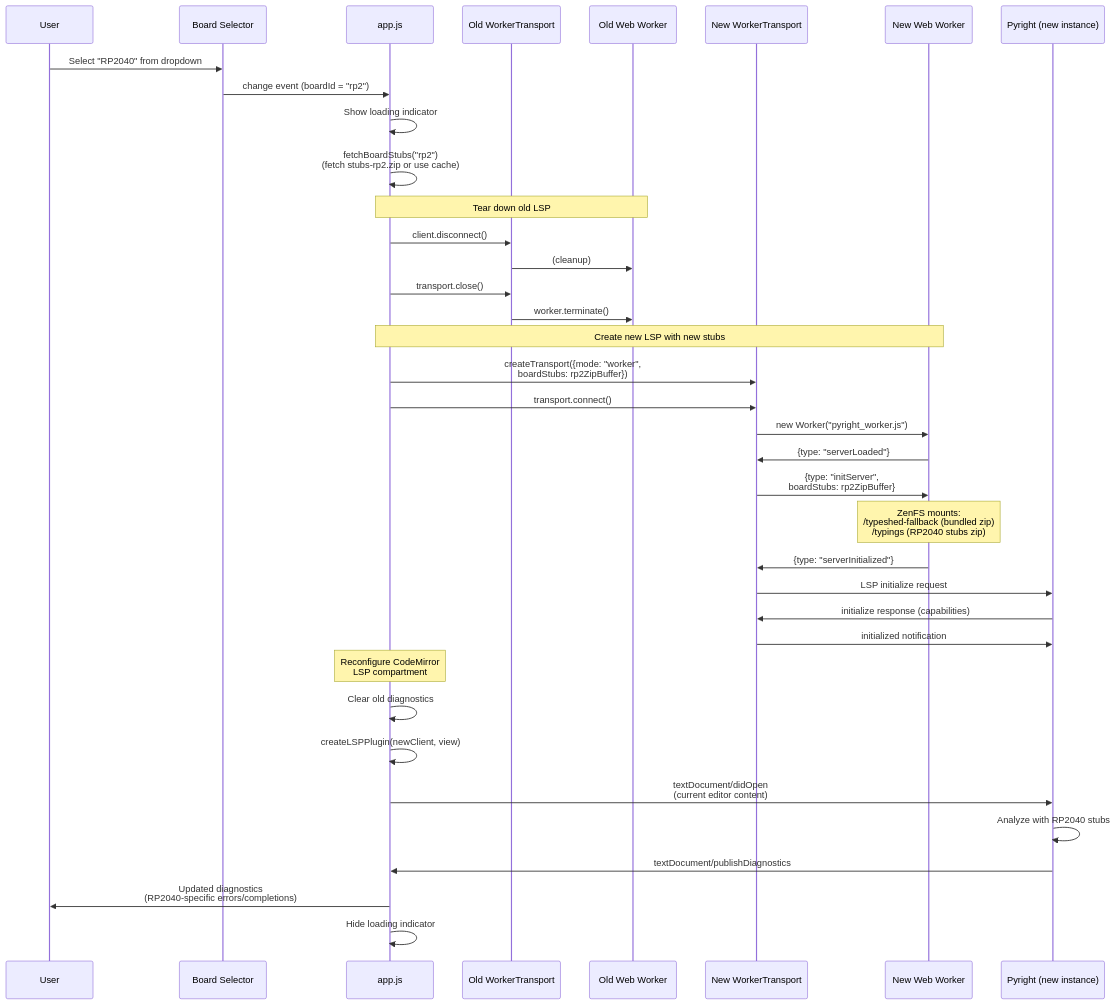
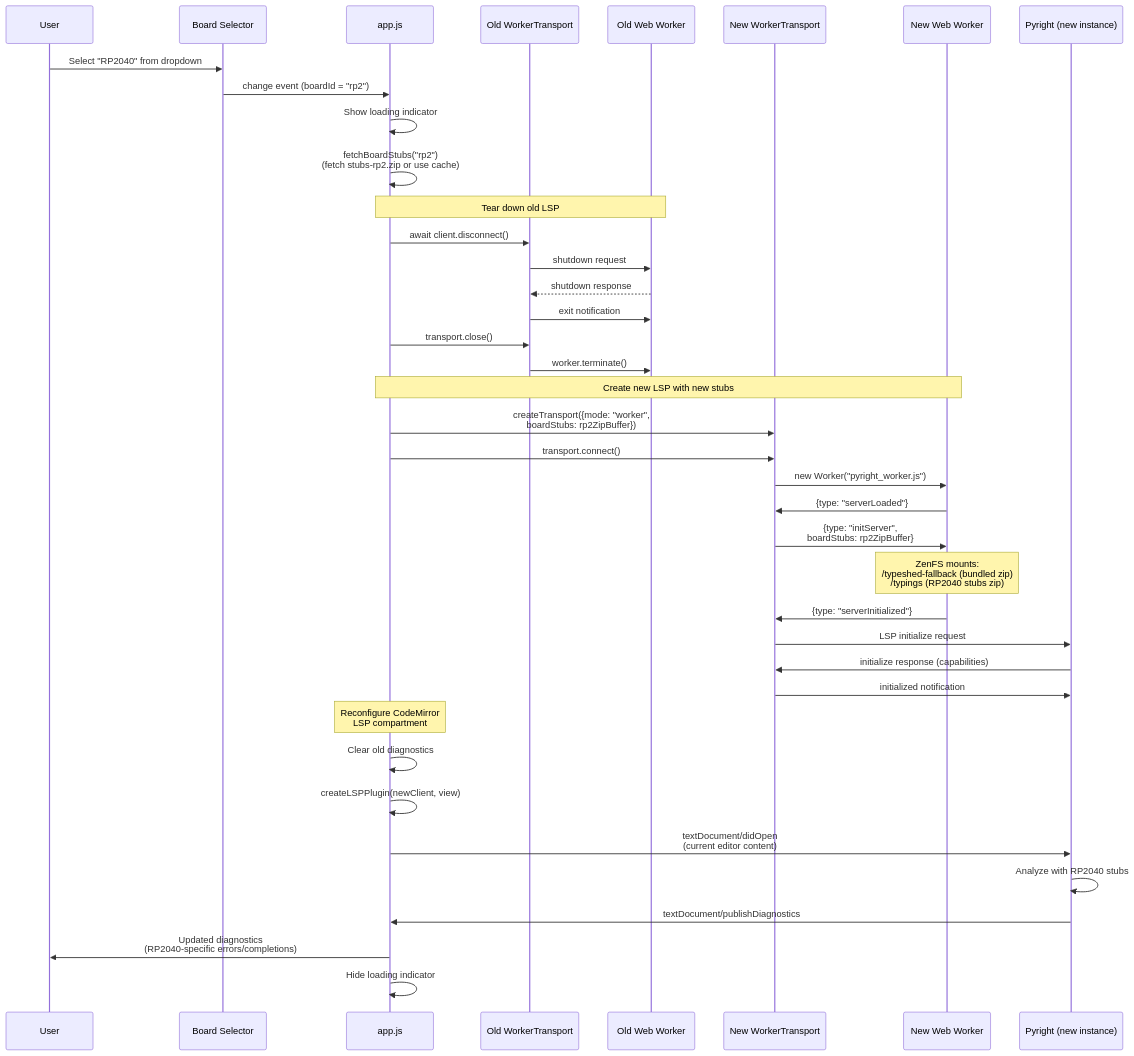
One commit to Josverl/stubs_playground changed the third of 4 diagrams in docs/architecture.md. Above: the diagram before and after it, drawn with Mermaid. The commit also changed other lines of this file and 20 other files, not shown here.

````diff
--- a/docs/architecture.md
+++ b/docs/architecture.md
@@ -98,51 +98,53 @@
 ```mermaid
 sequenceDiagram
     participant User
     participant UI as Board Selector
     participant App as app.js
     participant OldWT as Old WorkerTransport
     participant OldW as Old Web Worker
     participant NewWT as New WorkerTransport
     participant NewW as New Web Worker
     participant Pyright as Pyright (new instance)
 
     User->>UI: Select "RP2040" from dropdown
     UI->>App: change event (boardId = "rp2")
 
     App->>App: Show loading indicator
     App->>App: fetchBoardStubs("rp2")<br/>(fetch stubs-rp2.zip or use cache)
 
     Note over App,OldW: Tear down old LSP
 
-    App->>OldWT: client.disconnect()
-    OldWT->>OldW: (cleanup)
+    App->>OldWT: await client.disconnect()
+    OldWT->>OldW: shutdown request
+    OldW-->>OldWT: shutdown response
+    OldWT->>OldW: exit notification
     App->>OldWT: transport.close()
     OldWT->>OldW: worker.terminate()
 
     Note over App,NewW: Create new LSP with new stubs
 
     App->>NewWT: createTransport({mode: "worker",<br/>boardStubs: rp2ZipBuffer})
     App->>NewWT: transport.connect()
     NewWT->>NewW: new Worker("pyright_worker.js")
     NewW->>NewWT: {type: "serverLoaded"}
     NewWT->>NewW: {type: "initServer",<br/>boardStubs: rp2ZipBuffer}
 
     Note over NewW: ZenFS mounts:<br/>/typeshed-fallback (bundled zip)<br/>/typings (RP2040 stubs zip)
 
     NewW->>NewWT: {type: "serverInitialized"}
 
     NewWT->>Pyright: LSP initialize request
     Pyright->>NewWT: initialize response (capabilities)
     NewWT->>Pyright: initialized notification
 
     Note over App: Reconfigure CodeMirror<br/>LSP compartment
 
     App->>App: Clear old diagnostics
     App->>App: createLSPPlugin(newClient, view)
     App->>Pyright: textDocument/didOpen<br/>(current editor content)
 
     Pyright->>Pyright: Analyze with RP2040 stubs
     Pyright->>App: textDocument/publishDiagnostics
     App->>User: Updated diagnostics<br/>(RP2040-specific errors/completions)
     App->>App: Hide loading indicator
 ```
````
